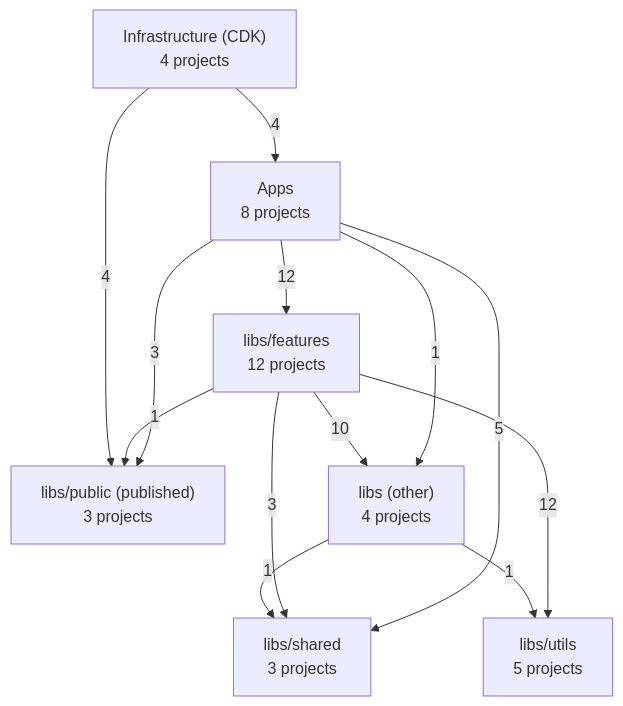
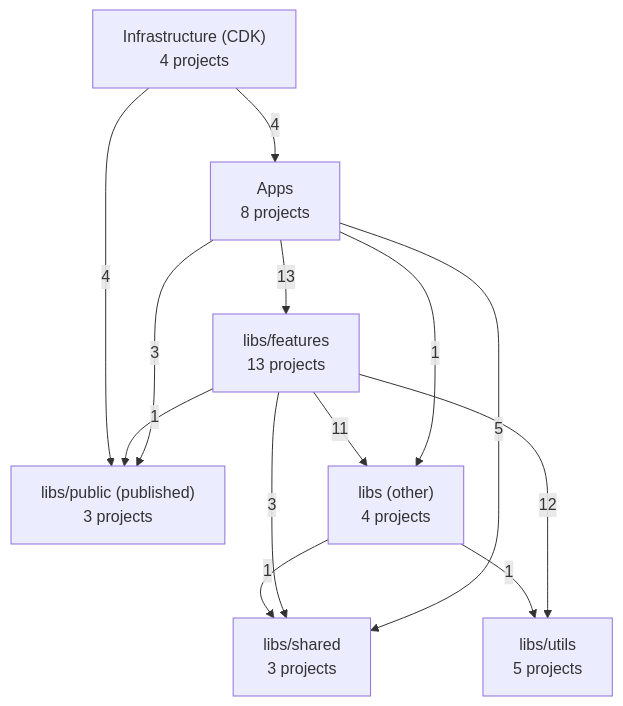
One commit to WolfSoko/wol-sok-mono changed the first of 4 diagrams in docs/architecture/README.md. Above: the diagram before and after it, drawn with Mermaid. The commit also changed other lines of this file and 22 other files, not shown here.

First line of the commit message:
refactor(feat-lazy-web-gl): extract mandelbrot demo into libs/features/lazy/web-gl (#2382)

````diff
--- a/docs/architecture/README.md
+++ b/docs/architecture/README.md
@@ -26,22 +26,22 @@
 ```mermaid
 flowchart TD
   infra["Infrastructure (CDK)<br/>4 projects"]
   apps["Apps<br/>8 projects"]
   public["libs/public (published)<br/>3 projects"]
-  features["libs/features<br/>12 projects"]
+  features["libs/features<br/>13 projects"]
   shared["libs/shared<br/>3 projects"]
   utils["libs/utils<br/>5 projects"]
   other["libs (other)<br/>4 projects"]
-  apps -- 12 --> features
+  apps -- 13 --> features
   apps -- 1 --> other
   apps -- 3 --> public
   apps -- 5 --> shared
-  features -- 10 --> other
+  features -- 11 --> other
   features -- 1 --> public
   features -- 3 --> shared
   features -- 12 --> utils
   infra -- 4 --> apps
   infra -- 4 --> public
   other -- 1 --> shared
   other -- 1 --> utils
 ```
````
